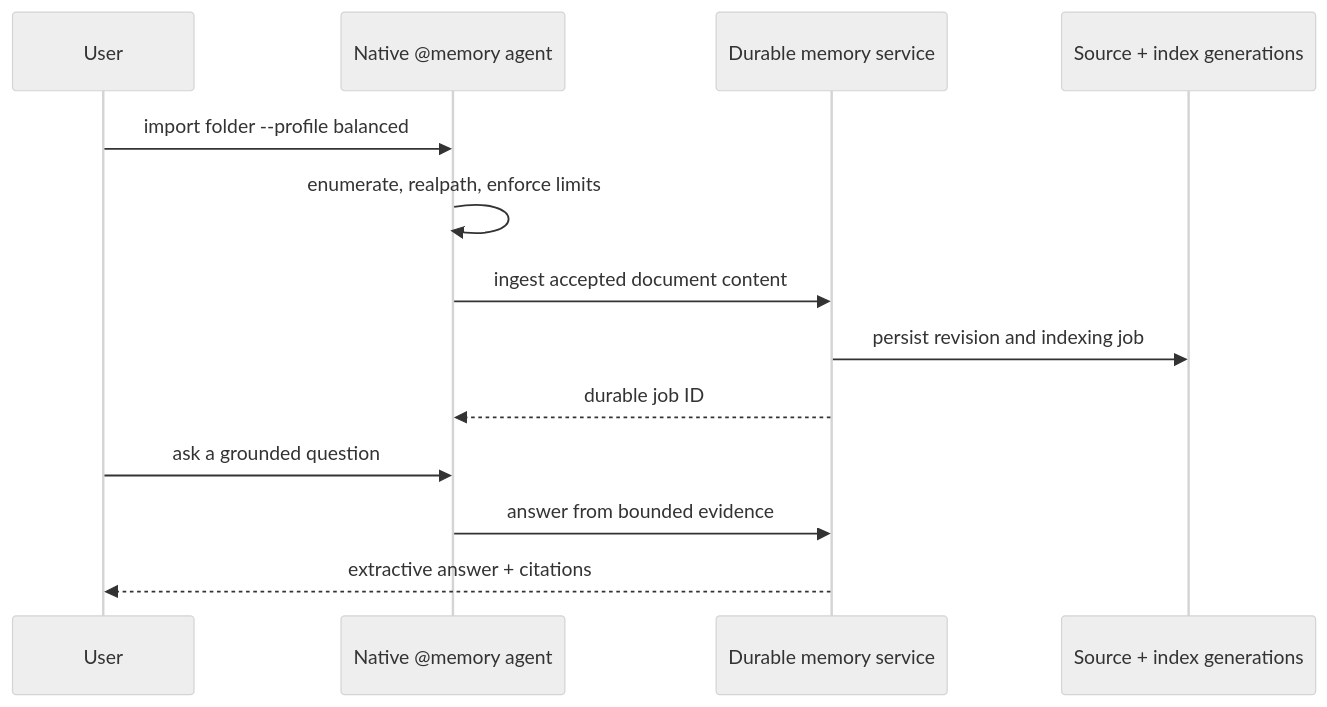
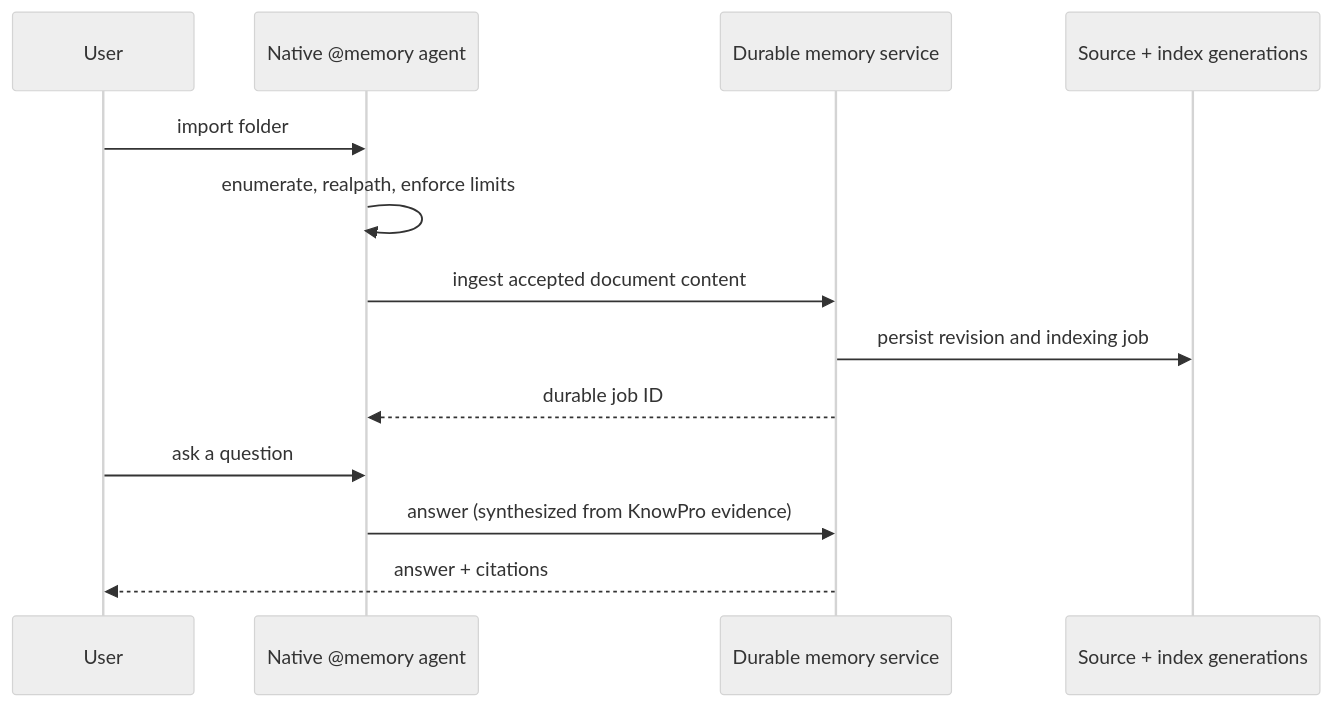
Before and after one commit to microsoft/TypeAgent: the second of 3 diagrams in ts/docs/architecture/memory/scenarios.md, drawn with Mermaid (neutral theme). The commit also changed other lines of this file and 71 other files, not shown here.

````diff
--- a/ts/docs/architecture/memory/scenarios.md
+++ b/ts/docs/architecture/memory/scenarios.md
@@ -58,16 +63,16 @@
 ```mermaid
 sequenceDiagram
     participant User
     participant Agent as Native @memory agent
     participant Service as Durable memory service
     participant Store as Source + index generations
 
-    User->>Agent: import folder --profile balanced
+    User->>Agent: import folder
     Agent->>Agent: enumerate, realpath, enforce limits
     Agent->>Service: ingest accepted document content
     Service->>Store: persist revision and indexing job
     Service-->>Agent: durable job ID
-    User->>Agent: ask a grounded question
-    Agent->>Service: answer from bounded evidence
-    Service-->>User: extractive answer + citations
+    User->>Agent: ask a question
+    Agent->>Service: answer (synthesized from KnowPro evidence)
+    Service-->>User: answer + citations
 ```
````
